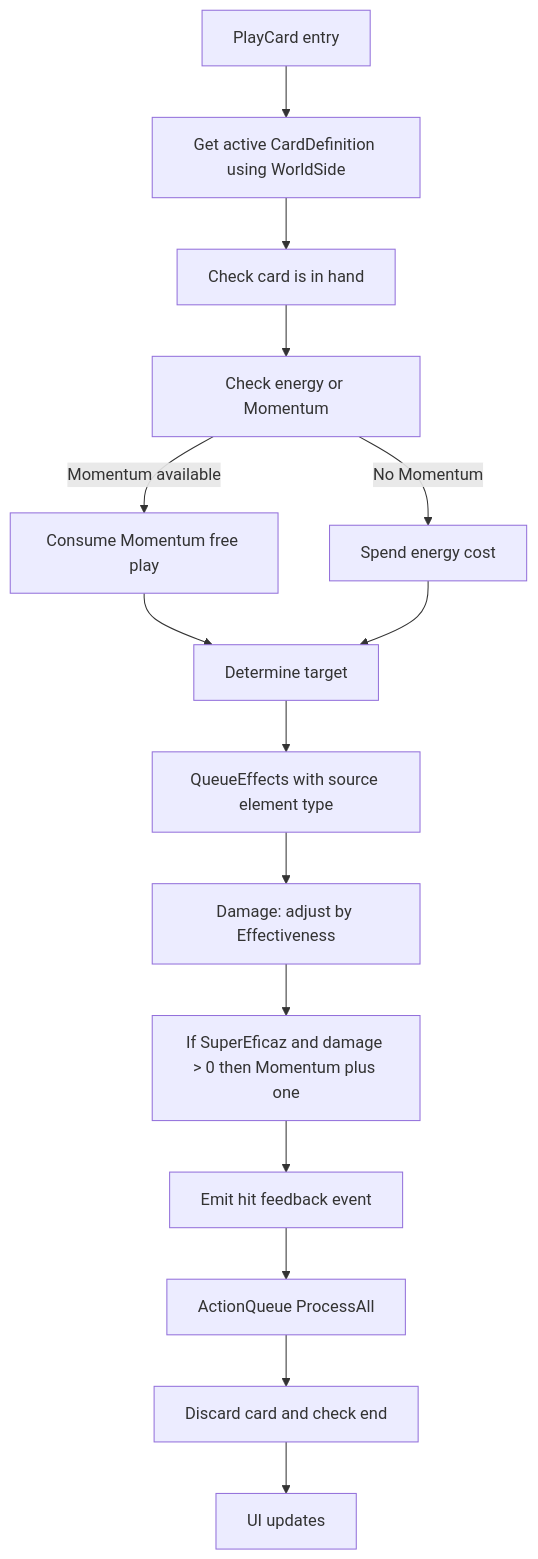
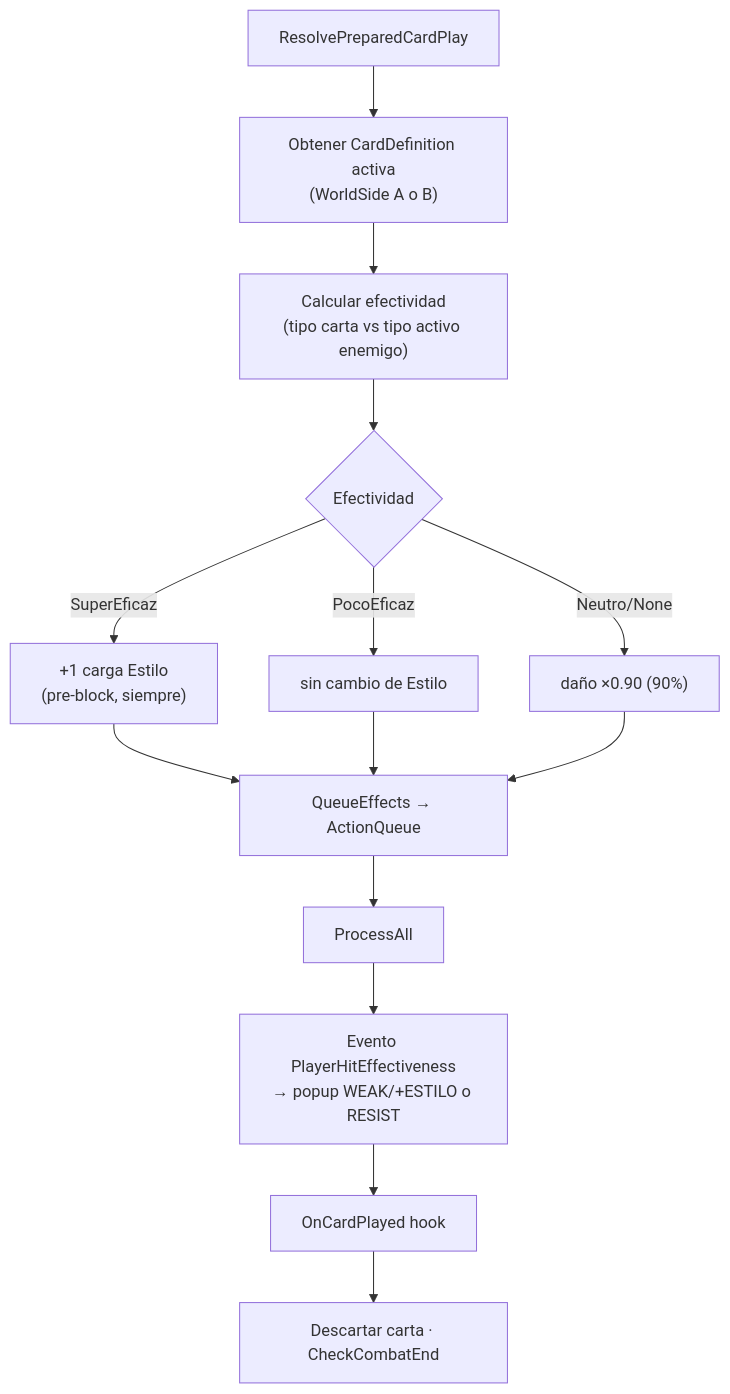
Before and after one commit to SebasMedina22/RoguelikeCardBattler: the second of 2 diagrams in Docs/dev/COMBAT_ARCHITECTURE.md, drawn with Mermaid. The commit also changed other lines of this file and 5 other files, not shown here.

First line of the commit message:
docs(combat): docs paquete (i) — Momentum → Estilo (SUB-PR 3) (#116)

````diff
--- a/Docs/dev/COMBAT_ARCHITECTURE.md
+++ b/Docs/dev/COMBAT_ARCHITECTURE.md
@@ -31,17 +128,16 @@
 ```mermaid
 flowchart TD
-    A["PlayCard entry"] --> B["Get active CardDefinition using WorldSide"]
-    B --> C["Check card is in hand"]
-    C --> D["Check energy or Momentum"]
-    D -->|Momentum available| E["Consume Momentum free play"]
-    D -->|No Momentum| F["Spend energy cost"]
-    E --> G["Determine target"]
-    F --> G
-    G --> H["QueueEffects with source element type"]
-    H --> I["Damage: adjust by Effectiveness"]
-    I --> J["If SuperEficaz and damage > 0 then Momentum plus one"]
-    J --> K["Emit hit feedback event"]
-    K --> L["ActionQueue ProcessAll"]
-    L --> M["Discard card and check end"]
-    M --> N["UI updates"]
+    A["ResolvePreparedCardPlay"] --> B["Obtener CardDefinition activa\n(WorldSide A o B)"]
+    B --> C["Calcular efectividad\n(tipo carta vs tipo activo enemigo)"]
+    C --> D{Efectividad}
+    D -->|SuperEficaz| E["+1 carga Estilo\n(pre-block, siempre)"]
+    D -->|PocoEficaz| F["sin cambio de Estilo"]
+    D -->|Neutro/None| G["daño ×0.90 (90%)"]
+    E --> H["QueueEffects → ActionQueue"]
+    F --> H
+    G --> H
+    H --> I["ProcessAll"]
+    I --> J["Evento PlayerHitEffectiveness\n→ popup WEAK/+ESTILO o RESIST"]
+    J --> K["OnCardPlayed hook"]
+    K --> L["Descartar carta · CheckCombatEnd"]
 ```
````
